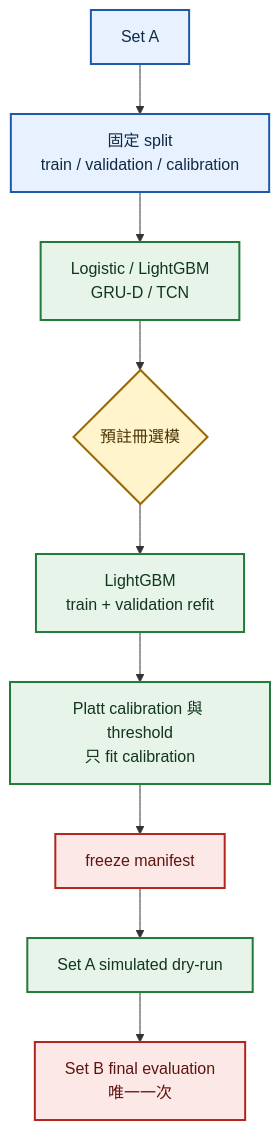
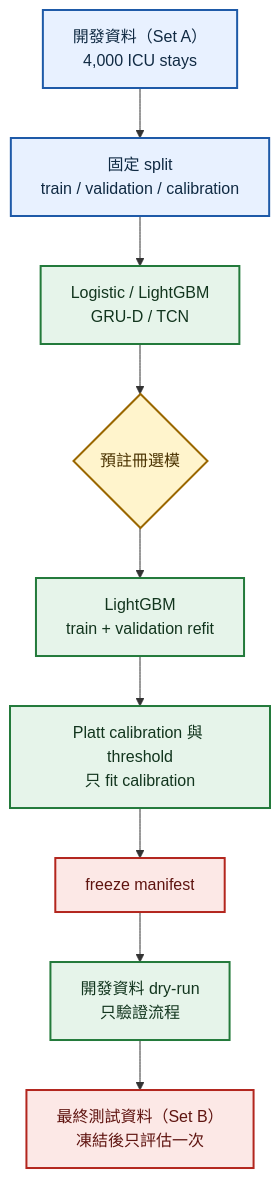
One commit to kuotunyu/CareRisk-48H changed the first of 2 diagrams in README.md. Above: the diagram before and after it, drawn with Mermaid. The commit also changed other lines of this file and 3 other files, not shown here.

````diff
--- a/README.md
+++ b/README.md
@@ -21,20 +43,20 @@
 ```mermaid
 flowchart TD
-    A["Set A"] --> B["固定 split<br/>train / validation / calibration"]
+    A["開發資料（Set A）<br/>4,000 ICU stays"] --> B["固定 split<br/>train / validation / calibration"]
     B --> C["Logistic / LightGBM<br/>GRU-D / TCN"]
     C --> D{"預註冊選模"}
     D --> E["LightGBM<br/>train + validation refit"]
     E --> F["Platt calibration 與 threshold<br/>只 fit calibration"]
     F --> G["freeze manifest"]
-    G --> H["Set A simulated dry-run"]
-    H --> I["Set B final evaluation<br/>唯一一次"]
+    G --> H["開發資料 dry-run<br/>只驗證流程"]
+    H --> I["最終測試資料（Set B）<br/>凍結後只評估一次"]
 
     classDef data fill:#E8F1FF,stroke:#1E5AA8,stroke-width:2px,color:#102A43
     classDef process fill:#E6F4EA,stroke:#237A3B,stroke-width:2px,color:#12351E
     classDef decision fill:#FFF4CC,stroke:#9A6700,stroke-width:2px,color:#4A3200
     classDef gate fill:#FCE8E6,stroke:#B3261E,stroke-width:2px,color:#5F1410
     class A,B data
     class C,E,F,H process
     class D decision
     class G,I gate
 ```
````
